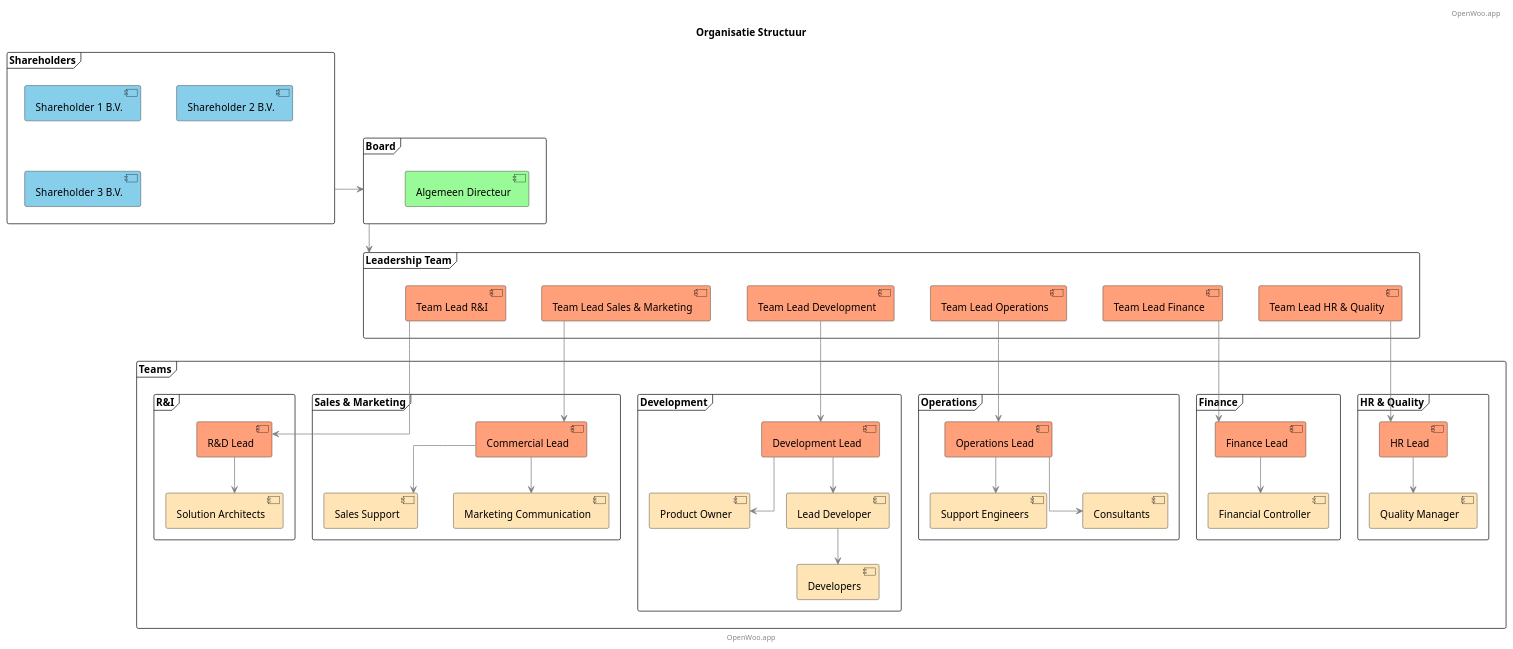
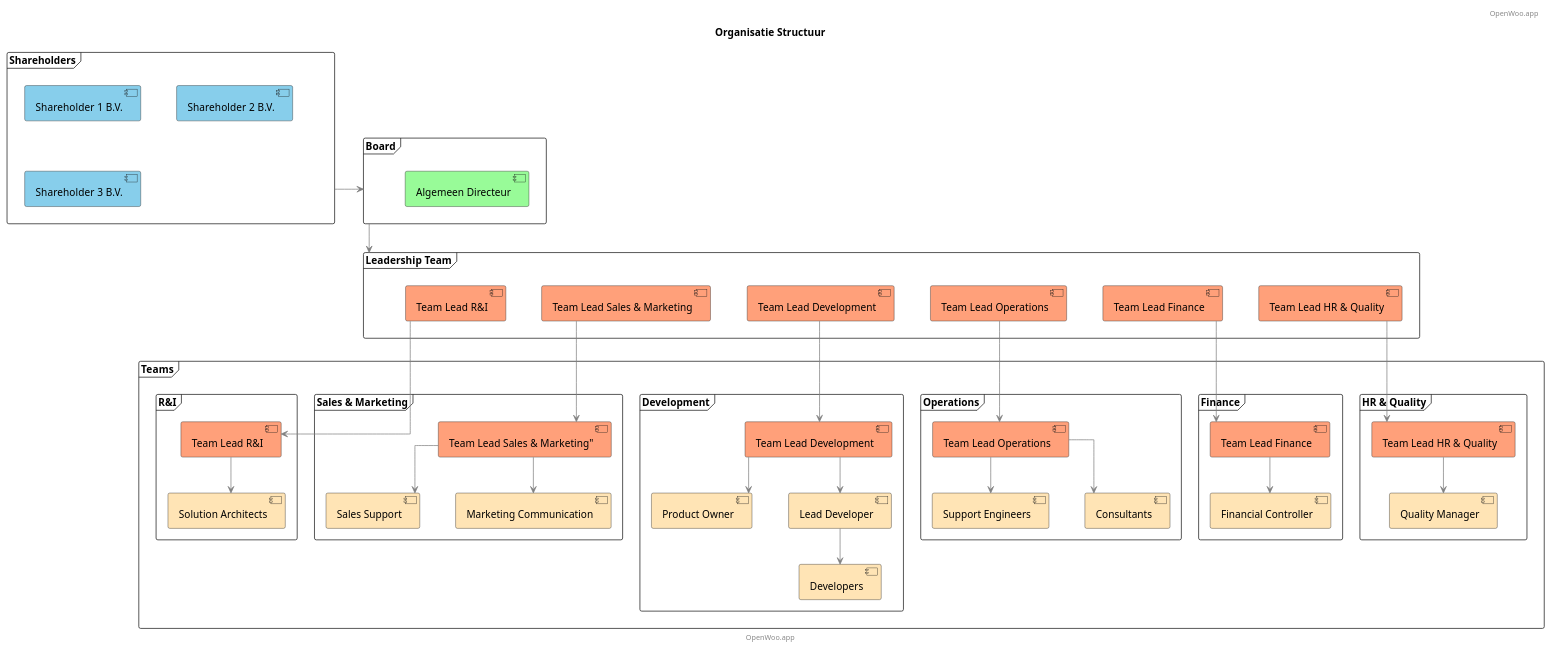
One commit to ConductionNL/conduction-website changed the diagram in docs/Diagrams/Organisation.puml. Above: the diagram before and after it, drawn with PlantUML. The commit also changed 2 other files, not shown here.

```diff
--- a/docs/Diagrams/Organisation.puml
+++ b/docs/Diagrams/Organisation.puml
@@ -1,109 +1,109 @@
 @startuml
 title Organisatie Structuur
 footer: OpenWoo.app
 header: OpenWoo.app
 
 skinparam defaultFontName Arial
 skinparam nodesep 50
 skinparam ranksep 50
 skinparam shadowing false
 skinparam linetype ortho
 
 ' Shareholders
 frame "Shareholders" {
     component "Shareholder 1 B.V." as SH1 #87CEEB
     component "Shareholder 2 B.V." as SH2 #87CEEB
     component "Shareholder 3 B.V." as SH3 #87CEEB
 }
 
 ' Board
 frame "Board" {
     component "Algemeen Directeur" as AD #98FB98
 }
 
 ' Leadership Team
 frame "Leadership Team" as LT {
     component "Team Lead HR & Quality" as TLHQ #FFA07A
     component "Team Lead Finance" as TLF #FFA07A
     component "Team Lead Operations" as TLO #FFA07A
     component "Team Lead Development" as TLD #FFA07A
     component "Team Lead Sales & Marketing" as TLSM #FFA07A
     component "Team Lead R&I" as TLRI #FFA07A
 }
 
 ' Teams
 frame "Teams" {
     ' HR & Quality Team
     frame "HR & Quality" {
-        component "HR Lead" as HRL #FFA07A
+        component "Team Lead HR & Quality" as HRL #FFA07A
         component "Quality Manager" as QM #FFE4B5
     }
 
     ' Finance Team
     frame "Finance" {
-        component "Finance Lead" as FL #FFA07A
+        component "Team Lead Finance" as FL #FFA07A
         component "Financial Controller" as FC #FFE4B5
     }
 
     ' Operations Team
     frame "Operations" {
-        component "Operations Lead" as OL #FFA07A
+        component "Team Lead Operations" as OL #FFA07A
         component "Support Engineers" as SE #FFE4B5
         component "Consultants" as CON #FFE4B5
     }
 
     ' Development Team
     frame "Development" {
-        component "Development Lead" as DL #FFA07A
+        component "Team Lead Development" as DL #FFA07A
         component "Product Owner" as PO #FFE4B5
         component "Lead Developer" as LD #FFE4B5
         component "Developers" as DEV #FFE4B5
     }
 
     ' Sales & Marketing Team
     frame "Sales & Marketing" {
-        component "Commercial Lead" as CL #FFA07A
+        component "Team Lead Sales & Marketing"" as CL #FFA07A
         component "Sales Support" as SS #FFE4B5
         component "Marketing Communication" as MC #FFE4B5
     }
 
     ' Research & Innovation Team
     frame "R&I" {
-        component "R&D Lead" as RDL #FFA07A
+        component "Team Lead R&I" as RDL #FFA07A
         component "Solution Architects" as SA #FFE4B5
     }
 }
 
 ' Relationships
 Shareholders -[#gray]-> Board
 Board -[#gray]down-> LT
 
 ' HR & Quality relationships
 TLHQ -[#gray]down-> HRL
 HRL -[#gray]down-> QM
 
 ' Finance relationships
 TLF -[#gray]down-> FL
 FL -[#gray]down-> FC
 
 ' Operations relationships
 TLO -[#gray]down-> OL
 OL -[#gray]down-> SE
 OL -[#gray]down-> CON
 
 ' Development relationships
 TLD -[#gray]down-> DL
 DL -[#gray]down-> PO
 DL -[#gray]down-> LD
 LD -[#gray]down-> DEV
 
 ' Sales & Marketing relationships
 TLSM -[#gray]down-> CL
 CL -[#gray]down-> SS
 CL -[#gray]down-> MC
 
 ' R&I relationships
 TLRI -[#gray]down-> RDL
 RDL -[#gray]down-> SA
 
 @enduml
```
